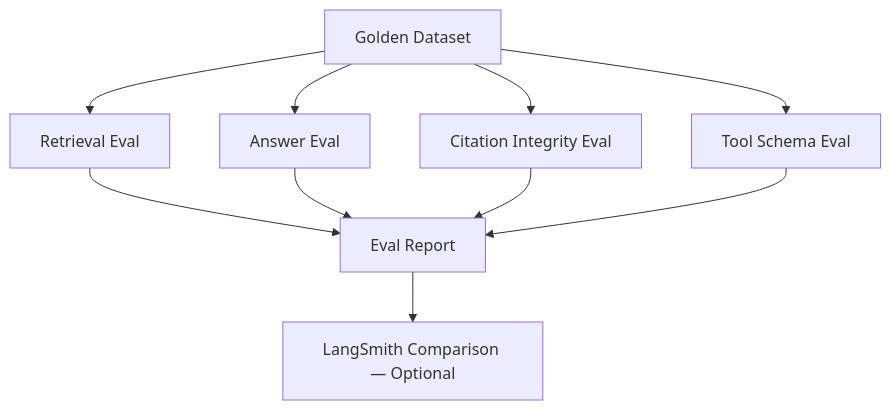
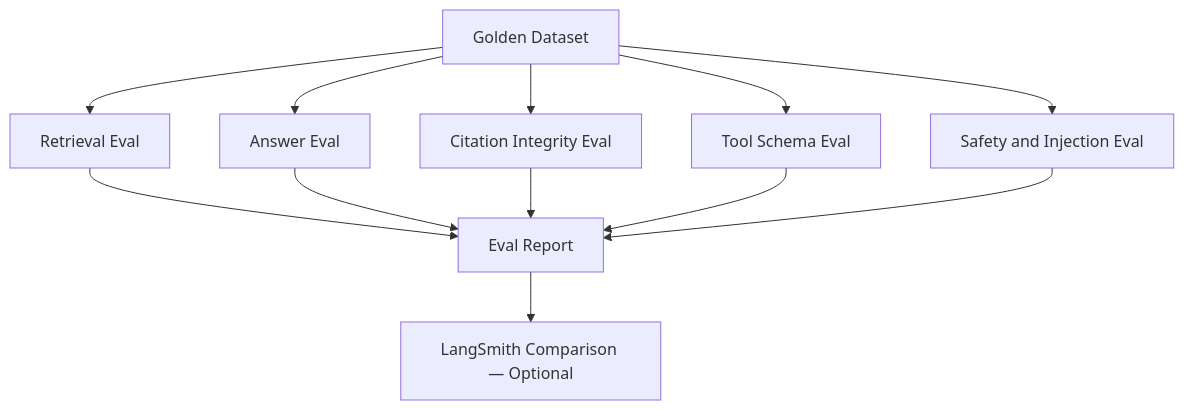
Before and after one commit to Fejjii/Career-Consultant-Platform: the diagram in docs/evaluation.md, drawn with Mermaid. The commit also changed other lines of this file and 69 other files, not shown here.

````diff
--- a/docs/evaluation.md
+++ b/docs/evaluation.md
@@ -5,12 +5,14 @@
 ```mermaid
 flowchart TD
   gold[Golden Dataset] --> retEval[Retrieval Eval]
   gold --> ansEval[Answer Eval]
   gold --> citeEval[Citation Integrity Eval]
   gold --> toolEval[Tool Schema Eval]
+  gold --> safetyEval[Safety and Injection Eval]
   retEval --> report[Eval Report]
   ansEval --> report
   citeEval --> report
   toolEval --> report
+  safetyEval --> report
   report --> ls[LangSmith Comparison — Optional]
 ```
````
